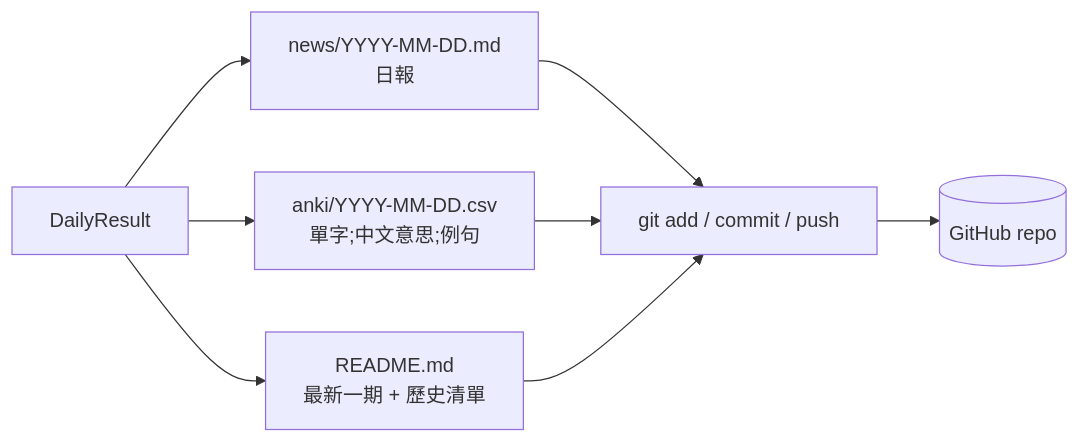
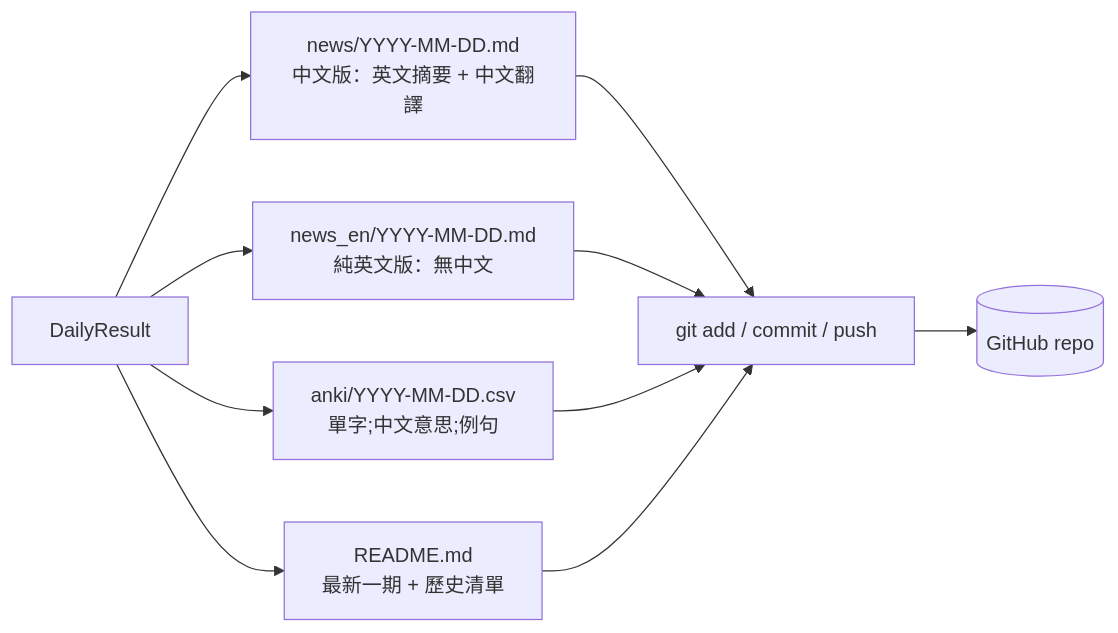
The fifth of 5 diagrams in HOW_IT_WORKS.md (qsceszwdvrdx/en_news), drawn with Mermaid before and after one commit. The commit also changed other lines of this file and 2 other files, not shown here.

````diff
--- a/HOW_IT_WORKS.md
+++ b/HOW_IT_WORKS.md
@@ -110,8 +110,9 @@
 ```mermaid
 flowchart LR
-    R[DailyResult] --> M[news/YYYY-MM-DD.md<br/>日報]
+    R[DailyResult] --> M[news/YYYY-MM-DD.md<br/>中文版：英文摘要 + 中文翻譯]
+    R --> E[news_en/YYYY-MM-DD.md<br/>純英文版：無中文]
     R --> A[anki/YYYY-MM-DD.csv<br/>單字;中文意思;例句]
     R --> RD[README.md<br/>最新一期 + 歷史清單]
-    M & A & RD --> G[git add / commit / push]
+    M & E & A & RD --> G[git add / commit / push]
     G --> REPO[(GitHub repo)]
 ```
````
